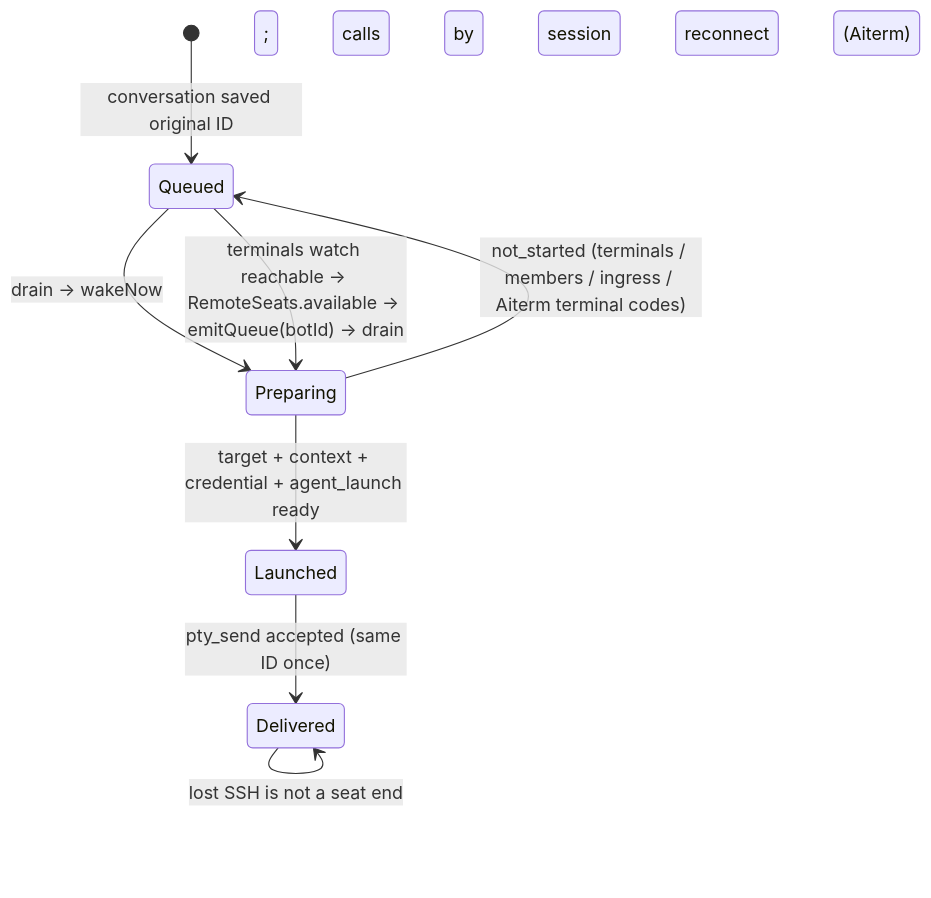
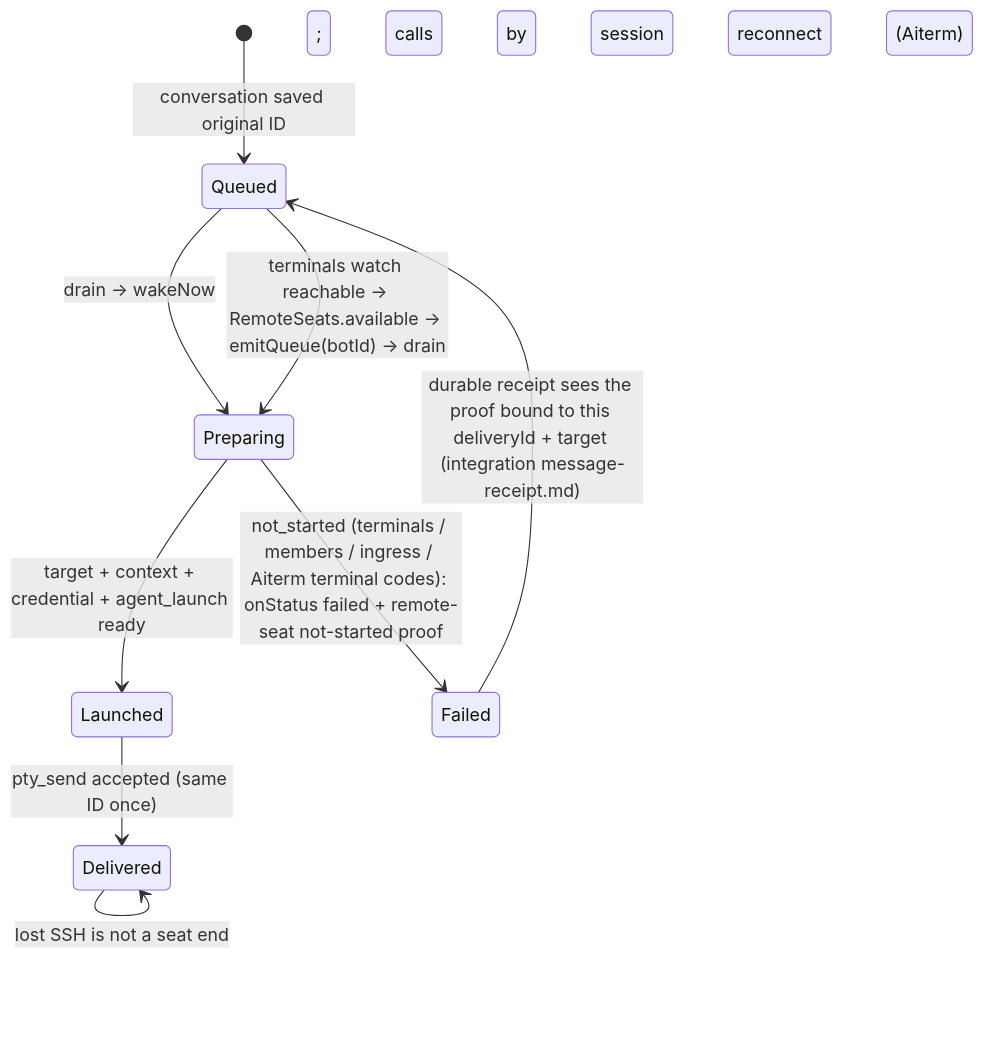
One commit to kitepon/BellTeam changed the second of 2 diagrams in docs/architecture/modules/execution/remote-seat.md. Above: the diagram before and after it, drawn with Mermaid. The commit also changed other lines of this file and 3 other files, not shown here.

First line of the commit message:
execution: delivery-bound proof for a remote launch that never started

````diff
--- a/docs/architecture/modules/execution/remote-seat.md
+++ b/docs/architecture/modules/execution/remote-seat.md
@@ -82,10 +82,11 @@
 ```mermaid
 stateDiagram-v2
   [*] --> Queued: conversation saved original ID
   Queued --> Preparing: drain -> wakeNow
   Preparing --> Launched: target + context + credential + agent_launch ready
-  Preparing --> Queued: not_started (terminals / members / ingress / Aiterm terminal codes)
+  Preparing --> Failed: not_started (terminals / members / ingress / Aiterm terminal codes): onStatus failed + remote-seat not-started proof
+  Failed --> Queued: durable receipt sees the proof bound to this deliveryId + target (integration message-receipt.md)
   Launched --> Delivered: pty_send accepted (same ID once)
   Queued --> Preparing: terminals watch reachable -> RemoteSeats.available -> emitQueue(botId) -> drain
   Delivered --> Delivered: lost SSH is not a seat end; calls by session reconnect (Aiterm)
 ```
````
